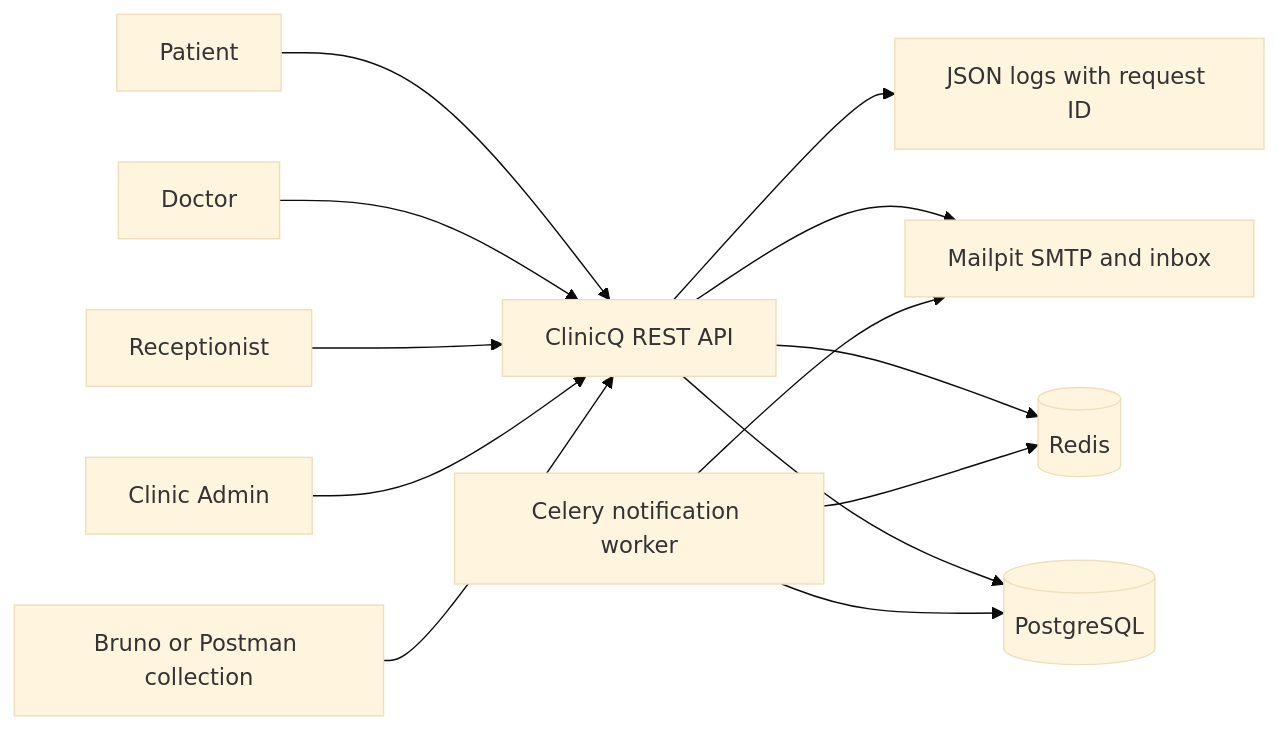
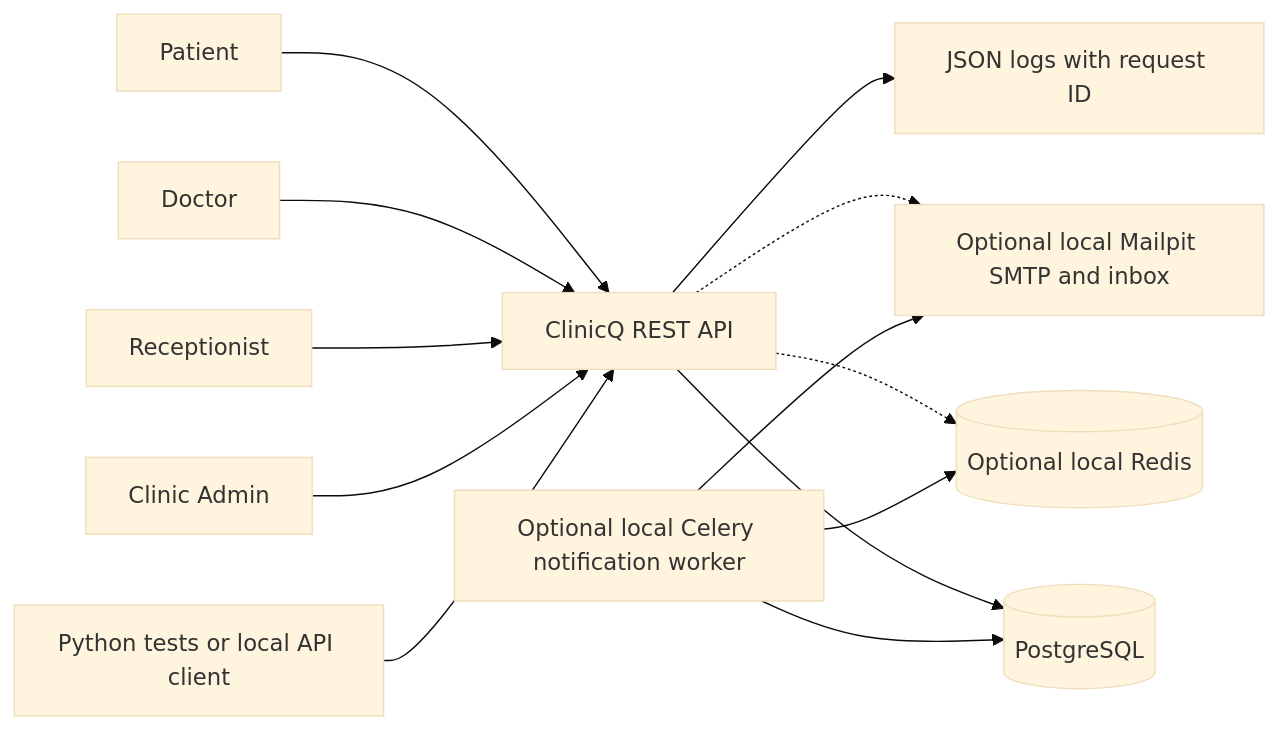
One commit to sukurcf/spec-clinicq-appointment-api changed the first of 7 diagrams in docs/05-system-architecture.md. Above: the diagram before and after it, drawn with Mermaid (base theme). The commit also changed other lines of this file and 14 other files, not shown here.

````diff
--- a/docs/05-system-architecture.md
+++ b/docs/05-system-architecture.md
@@ -7,15 +7,15 @@
 ```mermaid
 flowchart LR
   Patient[Patient] --> API[ClinicQ REST API]
   Doctor[Doctor] --> API
   Receptionist[Receptionist] --> API
   Admin[Clinic Admin] --> API
-  Bruno[Bruno or Postman collection] --> API
+  Client[Python tests or local API client] --> API
   API --> DB[(PostgreSQL)]
-  API --> Mailpit[Mailpit SMTP and inbox]
-  API --> Redis[(Redis)]
-  Worker[Celery notification worker] --> Redis
+  API -.-> Mailpit[Optional local Mailpit SMTP and inbox]
+  API -.-> Redis[(Optional local Redis)]
+  Worker[Optional local Celery notification worker] --> Redis
   Worker --> DB
   Worker --> Mailpit
   API --> Logs[JSON logs with request ID]
 ```
````
